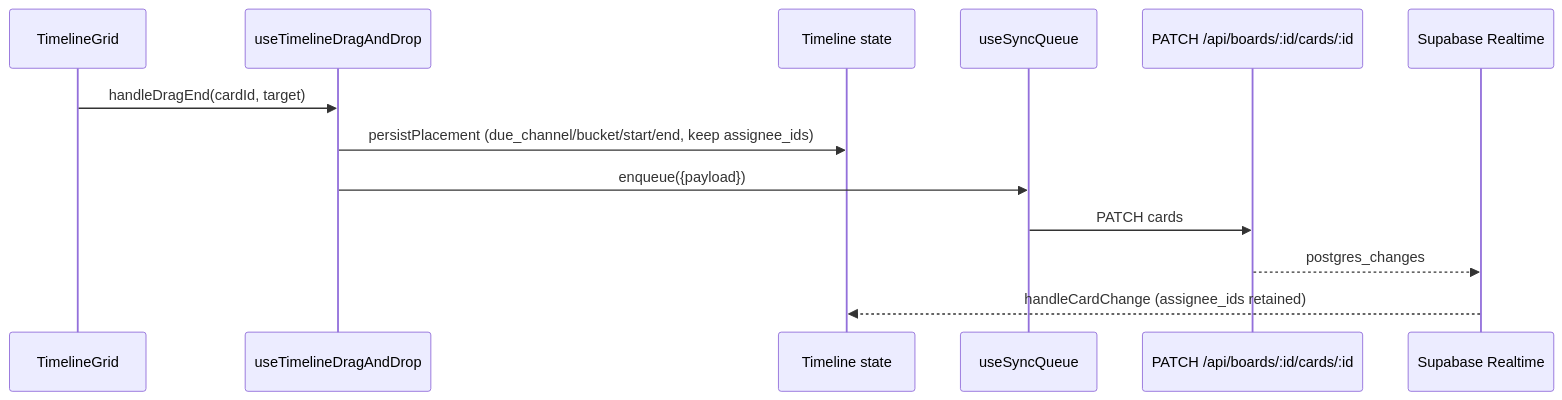
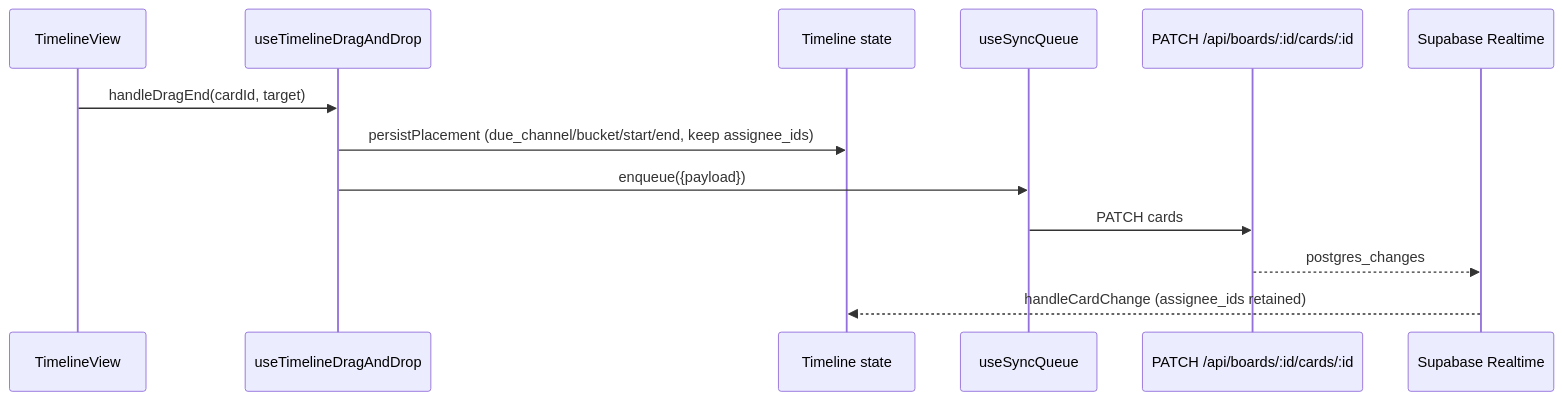
One commit to my151ae/taesk changed the second of 3 diagrams in docs/detail/architecture.md. Above: the diagram before and after it, drawn with Mermaid. The commit also changed other lines of this file and 17 other files, not shown here.

Commit message:
feat: タイムラインカードのドラッグアンドドロップ関連データ属性を追加し、`TimelineCard`から`duration`と`alignTop`プロパティを削除し、`

````diff
--- a/docs/detail/architecture.md
+++ b/docs/detail/architecture.md
@@ -174,16 +176,16 @@
 ```mermaid
 sequenceDiagram
-  participant UI as TimelineGrid
+  participant UI as TimelineView
   participant DnD as useTimelineDragAndDrop
   participant State as Timeline state
   participant Sync as useSyncQueue
   participant API as PATCH /api/boards/:id/cards/:id
   participant RT as Supabase Realtime
 
   UI->>DnD: handleDragEnd(cardId, target)
   DnD->>State: persistPlacement (due_channel/bucket/start/end, keep assignee_ids)
   DnD->>Sync: enqueue({payload})
   Sync->>API: PATCH cards
   API-->>RT: postgres_changes
   RT-->>State: handleCardChange (assignee_ids retained)
 ```
````
